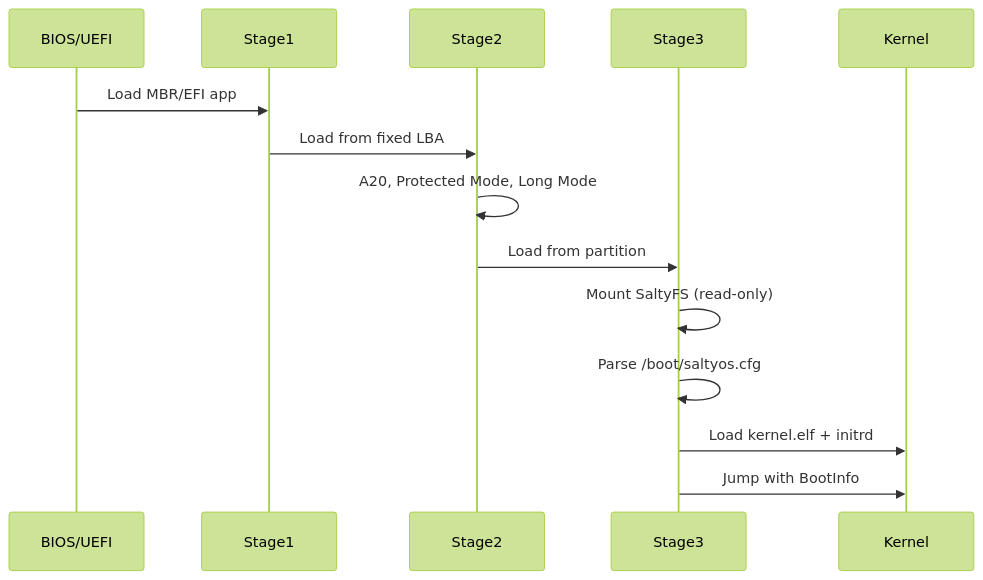
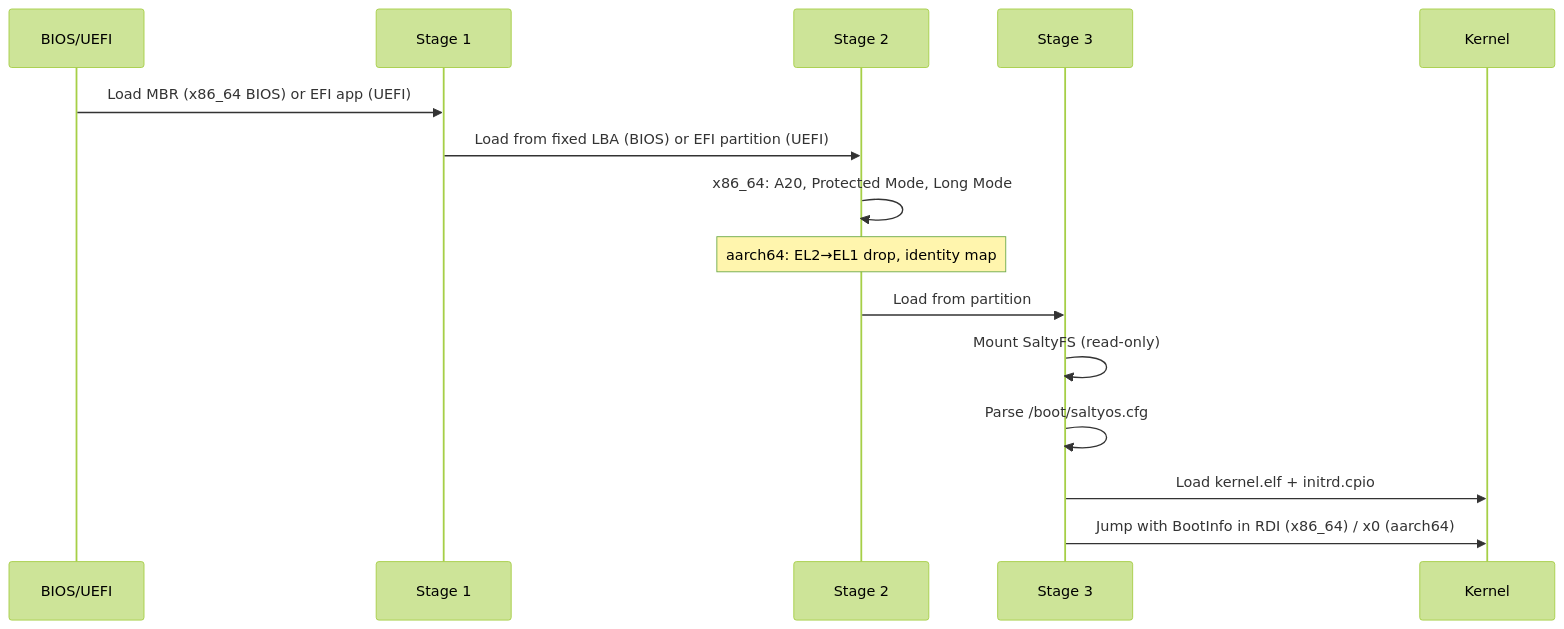
One commit to SaltyOS/SaltyOS changed the second of 6 diagrams in docs/ARCHITECTURE.md. Above: the diagram before and after it, drawn with Mermaid (forest theme). The commit also changed other lines of this file and 22 other files, not shown here.

````diff
--- a/docs/ARCHITECTURE.md
+++ b/docs/ARCHITECTURE.md
@@ -146,17 +158,18 @@
 ```mermaid
 sequenceDiagram
-    participant BIOS/UEFI
-    participant Stage1
-    participant Stage2
-    participant Stage3
-    participant Kernel
+    participant FW as BIOS/UEFI
+    participant S1 as Stage 1
+    participant S2 as Stage 2
+    participant S3 as Stage 3
+    participant K as Kernel
 
-    BIOS/UEFI->>Stage1: Load MBR/EFI app
-    Stage1->>Stage2: Load from fixed LBA
-    Stage2->>Stage2: A20, Protected Mode, Long Mode
-    Stage2->>Stage3: Load from partition
-    Stage3->>Stage3: Mount SaltyFS (read-only)
-    Stage3->>Stage3: Parse /boot/saltyos.cfg
-    Stage3->>Kernel: Load kernel.elf + initrd
-    Stage3->>Kernel: Jump with BootInfo
+    FW->>S1: Load MBR (x86_64 BIOS) or EFI app (UEFI)
+    S1->>S2: Load from fixed LBA (BIOS) or EFI partition (UEFI)
+    S2->>S2: x86_64: A20, Protected Mode, Long Mode
+    Note over S2: aarch64: EL2→EL1 drop, identity map
+    S2->>S3: Load from partition
+    S3->>S3: Mount SaltyFS (read-only)
+    S3->>S3: Parse /boot/saltyos.cfg
+    S3->>K: Load kernel.elf + initrd.cpio
+    S3->>K: Jump with BootInfo in RDI (x86_64) / x0 (aarch64)
 ```
````
